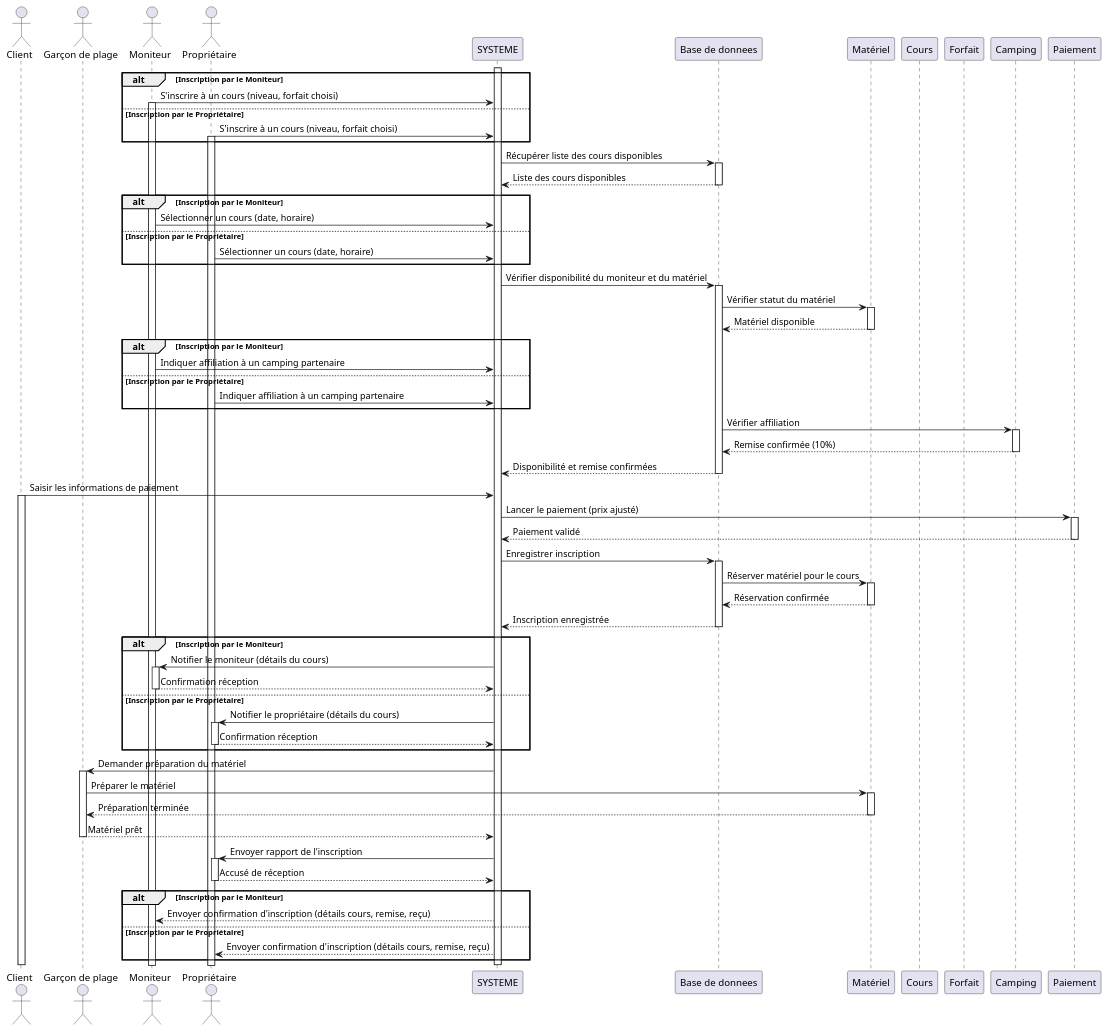
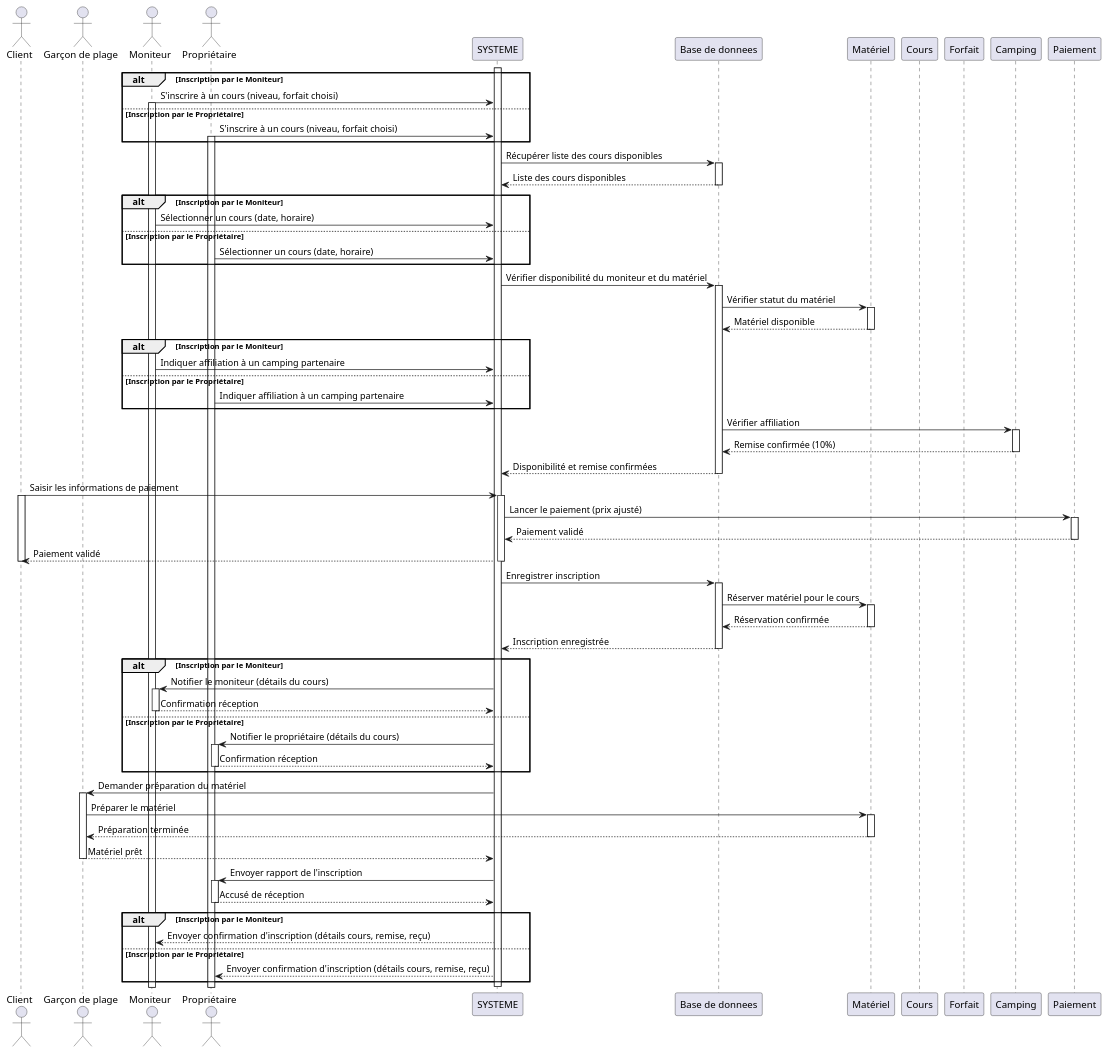
Before and after one commit to Hugo-COLLIN/MIAGE_CSI_NauticalClub: the diagram in docs/1-analysis/workflowSequenceDiagram.puml, drawn with PlantUML.

Commit message:
docs: Paiement

```diff
--- a/docs/1-analysis/workflowSequenceDiagram.puml
+++ b/docs/1-analysis/workflowSequenceDiagram.puml
@@ -1,108 +1,112 @@
 @startuml
 actor Client as C
 actor "Garçon de plage" as G
 actor "Moniteur" as M
 actor "Propriétaire" as P
 participant "SYSTEME" as App
 participant "Base de donnees" as DB
 participant "Matériel" as Mat
 participant "Cours" as Cour
 participant "Forfait" as Forf
 participant "Camping" as Camp
 participant "Paiement" as Pay
 
 alt Inscription par le Moniteur
     M -> App : S'inscrire à un cours (niveau, forfait choisi)
     activate M
 else Inscription par le Propriétaire
     P -> App : S'inscrire à un cours (niveau, forfait choisi)
     activate P
 end
 
 activate App
 
 App -> DB : Récupérer liste des cours disponibles
 activate DB
 DB --> App : Liste des cours disponibles
 deactivate DB
 
 alt Inscription par le Moniteur
     M -> App : Sélectionner un cours (date, horaire)
 else Inscription par le Propriétaire
     P -> App : Sélectionner un cours (date, horaire)
 end
 
 App -> DB : Vérifier disponibilité du moniteur et du matériel
 activate DB
 DB -> Mat : Vérifier statut du matériel
 activate Mat
 Mat --> DB : Matériel disponible
 deactivate Mat
 
 alt Inscription par le Moniteur
     M -> App : Indiquer affiliation à un camping partenaire
 else Inscription par le Propriétaire
     P -> App : Indiquer affiliation à un camping partenaire
 end
 
 DB -> Camp : Vérifier affiliation
 activate Camp
 Camp --> DB : Remise confirmée (10%)
 deactivate Camp
 
 DB --> App : Disponibilité et remise confirmées
 deactivate DB
 
 C -> App : Saisir les informations de paiement
 activate C
+activate App
 App -> Pay : Lancer le paiement (prix ajusté)
 activate Pay
 Pay --> App : Paiement validé
 deactivate Pay
+App --> C : Paiement validé
+deactivate C
+deactivate App
 
 App -> DB : Enregistrer inscription
 activate DB
 DB -> Mat : Réserver matériel pour le cours
 activate Mat
 Mat --> DB : Réservation confirmée
 deactivate Mat
 DB --> App : Inscription enregistrée
 deactivate DB
 
 alt Inscription par le Moniteur
     App -> M : Notifier le moniteur (détails du cours)
     activate M
     M --> App : Confirmation réception
     deactivate M
 else Inscription par le Propriétaire
     App -> P : Notifier le propriétaire (détails du cours)
     activate P
     P --> App : Confirmation réception
     deactivate P
 end
 
 App -> G : Demander préparation du matériel
 activate G
 G -> Mat : Préparer le matériel
 activate Mat
 Mat --> G : Préparation terminée
 deactivate Mat
 G --> App : Matériel prêt
 deactivate G
 
 App -> P : Envoyer rapport de l'inscription
 activate P
 P --> App : Accusé de réception
 deactivate P
 
 alt Inscription par le Moniteur
     App --> M : Envoyer confirmation d'inscription (détails cours, remise, reçu)
 else Inscription par le Propriétaire
     App --> P : Envoyer confirmation d'inscription (détails cours, remise, reçu)
 end
 
 deactivate G
 deactivate App
 deactivate C
 
 @enduml
```
